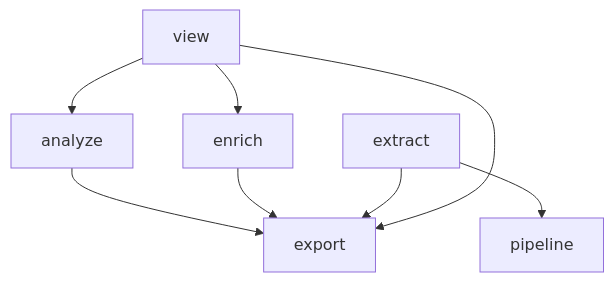
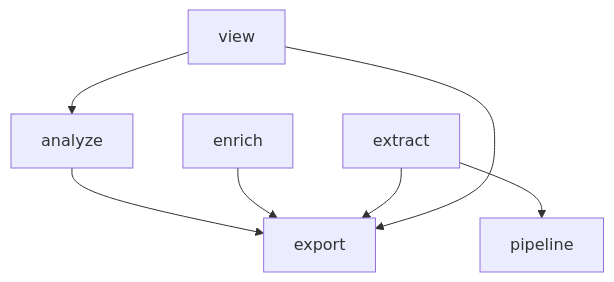
Before and after one commit to nathanielobrown/hyphae: the diagram in docs/layering.md, drawn with Mermaid. The commit also changed 21 other files, not shown here.

````diff
--- a/docs/layering.md
+++ b/docs/layering.md
@@ -16,10 +16,9 @@
 ```mermaid
 graph TD
   analyze --> export
   enrich --> export
   extract --> export
   extract --> pipeline
   view --> analyze
-  view --> enrich
   view --> export
 ```
````
